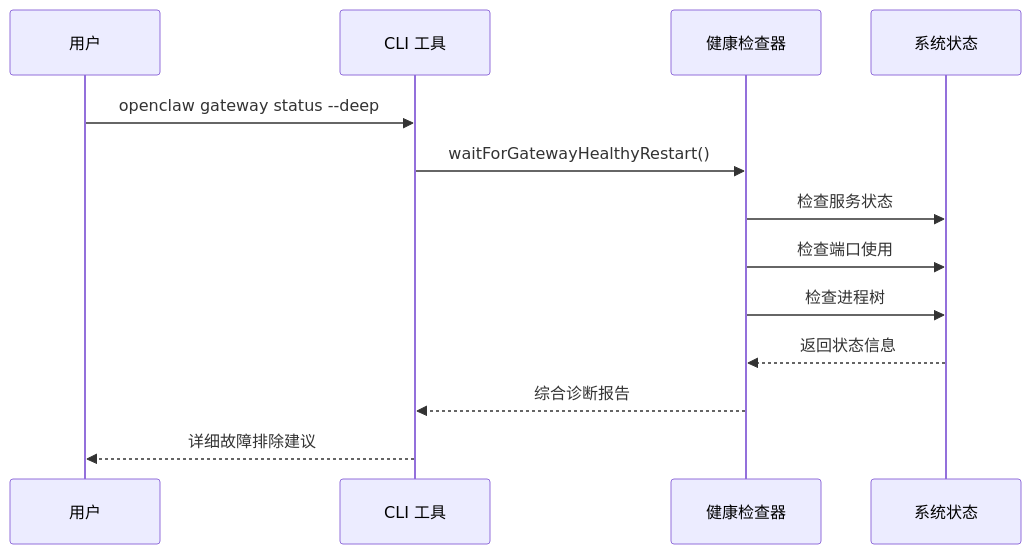
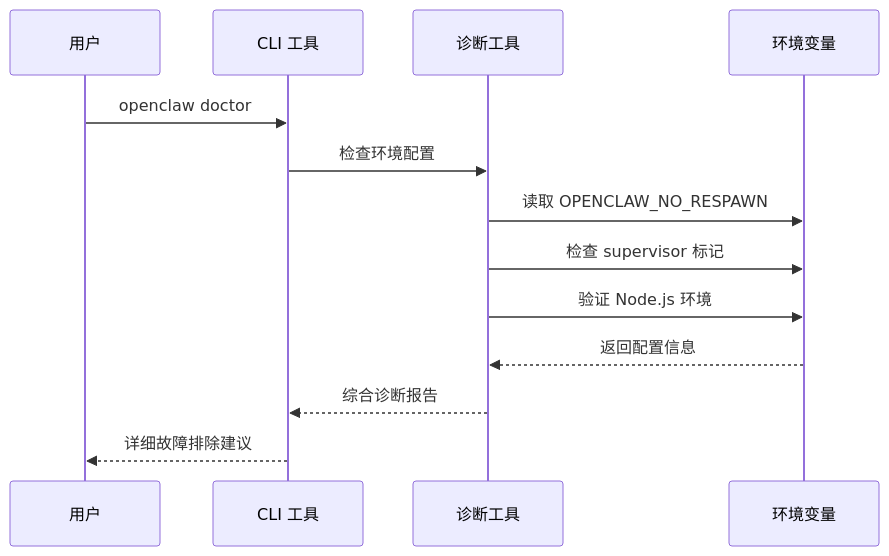
One commit to verse-ai-org/openclaw changed diagram 17 of 17 in .qoder/repowiki/zh/content/核心概念/网关架构/网关重启系统.md. Above: the diagram before and after it, drawn with Mermaid. The commit also changed other lines of this file and 19 other files, not shown here.

````diff
--- a/.qoder/repowiki/zh/content/核心概念/网关架构/网关重启系统.md
+++ b/.qoder/repowiki/zh/content/核心概念/网关架构/网关重启系统.md
@@ -594,15 +754,15 @@
 ```mermaid
 sequenceDiagram
 participant User as 用户
 participant CLI as CLI 工具
-participant Health as 健康检查器
-participant System as 系统状态
-User->>CLI : openclaw gateway status --deep
-CLI->>Health : waitForGatewayHealthyRestart()
-Health->>System : 检查服务状态
-Health->>System : 检查端口使用
-Health->>System : 检查进程树
-System-->>Health : 返回状态信息
-Health-->>CLI : 综合诊断报告
+participant Doctor as 诊断工具
+participant Env as 环境变量
+User->>CLI : openclaw doctor
+CLI->>Doctor : 检查环境配置
+Doctor->>Env : 读取 OPENCLAW_NO_RESPAWN
+Doctor->>Env : 检查 supervisor 标记
+Doctor->>Env : 验证 Node.js 环境
+Env-->>Doctor : 返回配置信息
+Doctor-->>CLI : 综合诊断报告
 CLI-->>User : 详细故障排除建议
 ```
````
